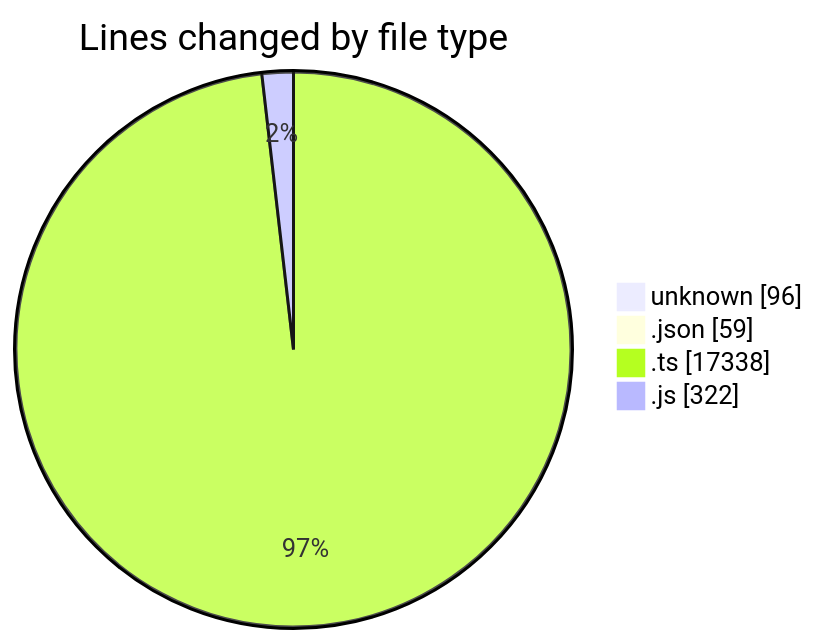
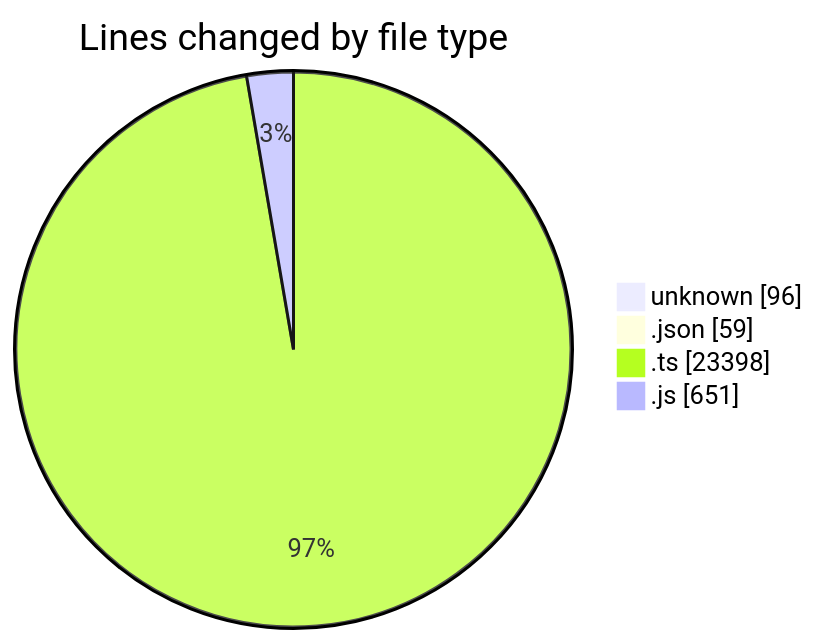
One commit to momahboobian/code-tracking changed the first of 2 diagrams in 2025-11-13/cda/README.md. Above: the diagram before and after it, drawn with Mermaid. The commit also changed other lines of this file and 1 other file, not shown here.

````diff
--- a/2025-11-13/cda/README.md
+++ b/2025-11-13/cda/README.md
@@ -28,8 +28,8 @@
 ```mermaid
 pie showData
 title Lines changed by file type
 "unknown" : 96
 ".json" : 59
-".ts" : 17338
-".js" : 322
+".ts" : 23398
+".js" : 651
 ```
````
